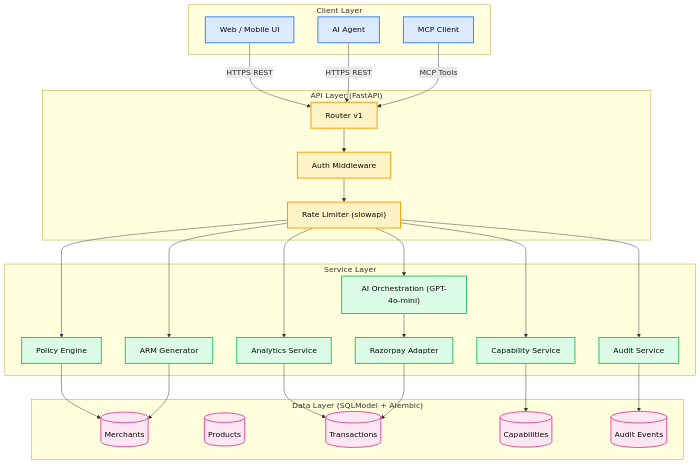
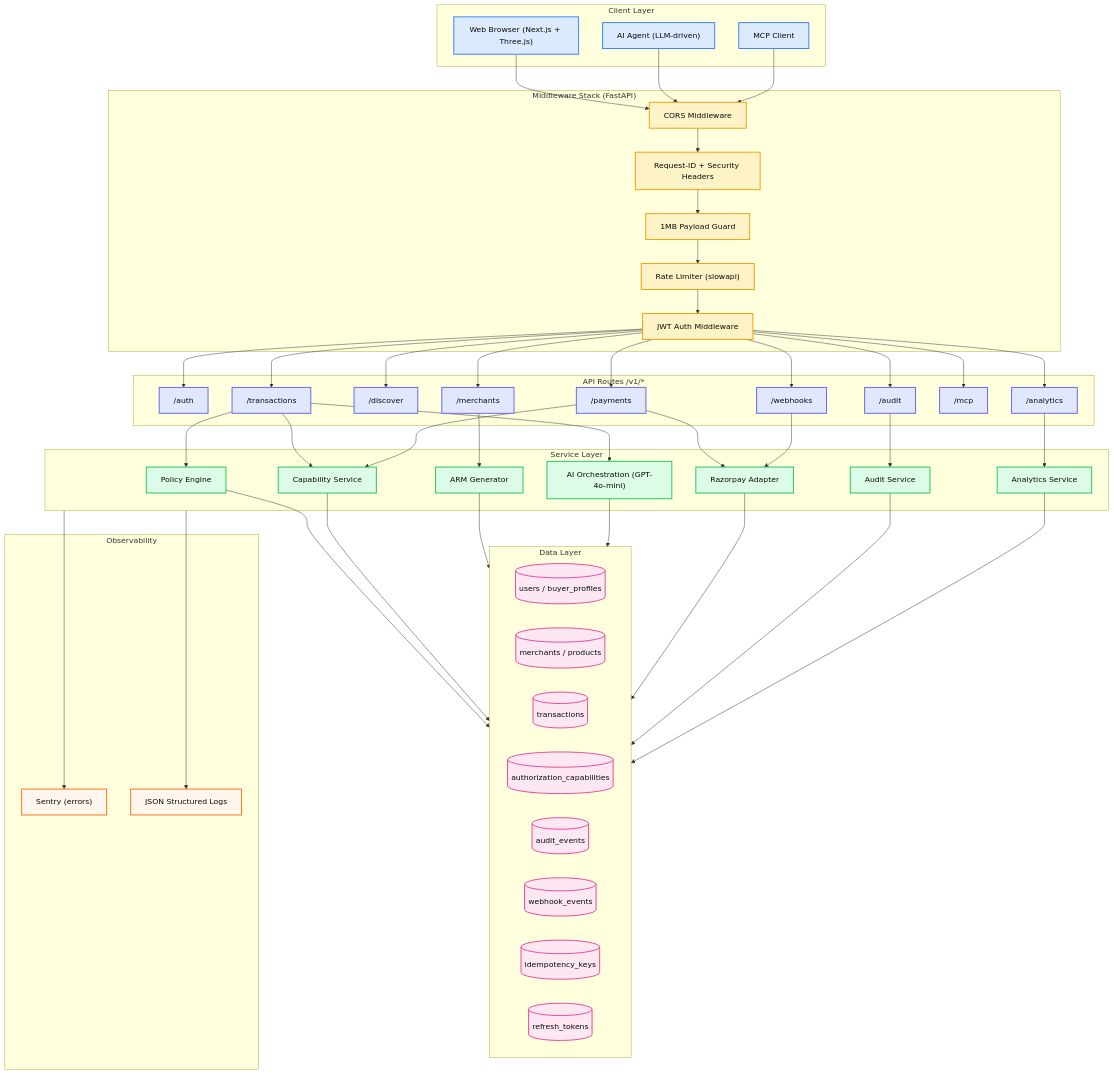
The first of 11 diagrams in README.md (simply-mihir/AgentSetu), drawn with Mermaid before and after one commit. The commit also changed other lines of this file and 1 other file, not shown here.

````diff
--- a/README.md
+++ b/README.md
@@ -99,60 +114,82 @@
 ```mermaid
 graph TB
     subgraph Clients["Client Layer"]
-        UI["Web / Mobile UI"]
-        AIAgent["AI Agent"]
+        Browser["Web Browser (Next.js + Three.js)"]
+        AIAgent["AI Agent (LLM-driven)"]
         MCPClient["MCP Client"]
     end
 
-    subgraph Edge["API Layer (FastAPI)"]
-        AuthMW["Auth Middleware"]
-        Router["Router v1"]
-        RateLimiter["Rate Limiter (slowapi)"]
+    subgraph Middleware["Middleware Stack (FastAPI)"]
+        CORS["CORS Middleware"]
+        ReqID["Request-ID + Security Headers"]
+        SizeGuard["1MB Payload Guard"]
+        RateLimit["Rate Limiter (slowapi)"]
+        JWTAuth["JWT Auth Middleware"]
+    end
+
+    subgraph Routes["API Routes /v1/*"]
+        AuthR["/auth"]
+        MerchR["/merchants"]
+        DiscR["/discover"]
+        TxnR["/transactions"]
+        PayR["/payments"]
+        AuditR["/audit"]
+        WebhookR["/webhooks"]
+        MCPR["/mcp"]
+        AnalyticsR["/analytics"]
     end
 
     subgraph Services["Service Layer"]
         PolicySvc["Policy Engine"]
         CapSvc["Capability Service"]
         ARMGen["ARM Generator"]
-        AnalyticsSvc["Analytics Service"]
-        AuditSvc["Audit Service"]
         AIOrch["AI Orchestration (GPT-4o-mini)"]
         RazorpayAdp["Razorpay Adapter"]
+        AuditSvc["Audit Service"]
+        AnalyticsSvc["Analytics Service"]
     end
 
-    subgraph Data["Data Layer (SQLModel + Alembic)"]
-        MerchantTbl[("Merchants")]
-        ProductTbl[("Products")]
-        TxTbl[("Transactions")]
-        CapTbl[("Capabilities")]
-        AuditTbl[("Audit Events")]
+    subgraph Data["Data Layer"]
+        Users[("users / buyer_profiles")]
+        Merchants[("merchants / products")]
+        Transactions[("transactions")]
+        Capabilities[("authorization_capabilities")]
+        AuditEvents[("audit_events")]
+        Webhooks[("webhook_events")]
+        Idempotency[("idempotency_keys")]
+        RefreshTokens[("refresh_tokens")]
     end
 
-    UI -- "HTTPS REST" --> Router
-    AIAgent -- "HTTPS REST" --> Router
-    MCPClient -- "MCP Tools" --> Router
-    Router --> AuthMW
-    AuthMW --> RateLimiter
-    RateLimiter --> PolicySvc
-    RateLimiter --> CapSvc
-    RateLimiter --> ARMGen
-    RateLimiter --> AnalyticsSvc
-    RateLimiter --> AuditSvc
-    RateLimiter --> AIOrch
-    AIOrch --> RazorpayAdp
-    PolicySvc --> MerchantTbl
-    CapSvc --> CapTbl
-    ARMGen --> MerchantTbl
-    AnalyticsSvc --> TxTbl
-    AuditSvc --> AuditTbl
-    RazorpayAdp --> TxTbl
+    subgraph Observability["Observability"]
+        Sentry["Sentry (errors)"]
+        Logs["JSON Structured Logs"]
+    end
 
-    classDef clients fill:#dbeafe,stroke:#3b82f6,stroke-width:2px,color:#0a0a0a
-    classDef api fill:#fef3c7,stroke:#f59e0b,stroke-width:2px,color:#0a0a0a
+    Browser --> CORS
+    AIAgent --> CORS
+    MCPClient --> CORS
+    CORS --> ReqID --> SizeGuard --> RateLimit --> JWTAuth
+    JWTAuth --> AuthR & MerchR & DiscR & TxnR & PayR & AuditR & WebhookR & MCPR & AnalyticsR
+    TxnR --> AIOrch & PolicySvc & CapSvc
+    PayR --> RazorpayAdp & CapSvc
+    WebhookR --> RazorpayAdp
+    MerchR --> ARMGen
+    AuditR --> AuditSvc
+    AnalyticsR --> AnalyticsSvc
+    PolicySvc & CapSvc & ARMGen & AIOrch & RazorpayAdp & AuditSvc & AnalyticsSvc --> Data
+    Services --> Sentry
+    Services --> Logs
+
+    classDef client fill:#dbeafe,stroke:#3b82f6,stroke-width:2px,color:#0a0a0a
+    classDef mw fill:#fef3c7,stroke:#f59e0b,stroke-width:2px,color:#0a0a0a
+    classDef route fill:#e0e7ff,stroke:#6366f1,stroke-width:2px,color:#0a0a0a
     classDef svc fill:#dcfce7,stroke:#22c55e,stroke-width:2px,color:#0a0a0a
     classDef data fill:#fce7f3,stroke:#ec4899,stroke-width:2px,color:#0a0a0a
-    class UI,AIAgent,MCPClient clients
-    class AuthMW,Router,RateLimiter api
-    class PolicySvc,CapSvc,ARMGen,AnalyticsSvc,AuditSvc,AIOrch,RazorpayAdp svc
-    class MerchantTbl,ProductTbl,TxTbl,CapTbl,AuditTbl data
+    classDef obs fill:#fff7ed,stroke:#f97316,stroke-width:2px,color:#0a0a0a
+    class Browser,AIAgent,MCPClient client
+    class CORS,ReqID,SizeGuard,RateLimit,JWTAuth mw
+    class AuthR,MerchR,DiscR,TxnR,PayR,AuditR,WebhookR,MCPR,AnalyticsR route
+    class PolicySvc,CapSvc,ARMGen,AIOrch,RazorpayAdp,AuditSvc,AnalyticsSvc svc
+    class Users,Merchants,Transactions,Capabilities,AuditEvents,Webhooks,Idempotency,RefreshTokens data
+    class Sentry,Logs obs
 ```
````
